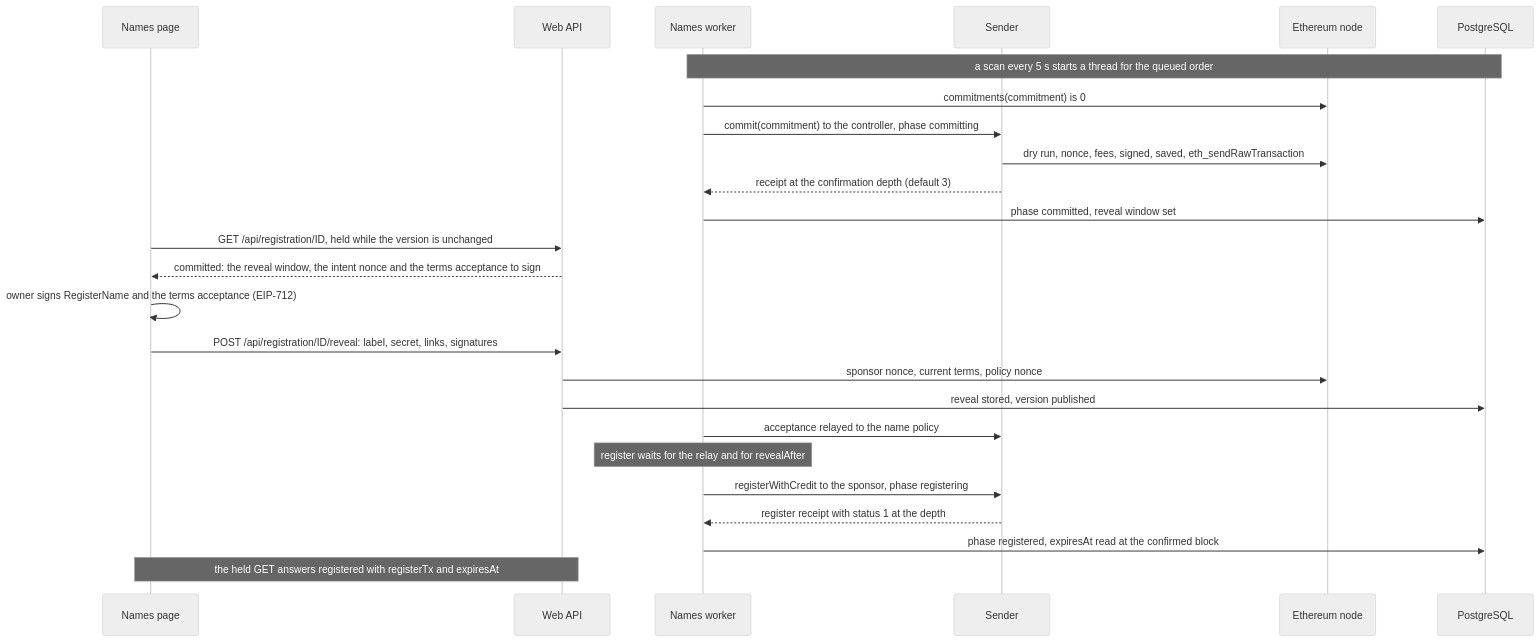
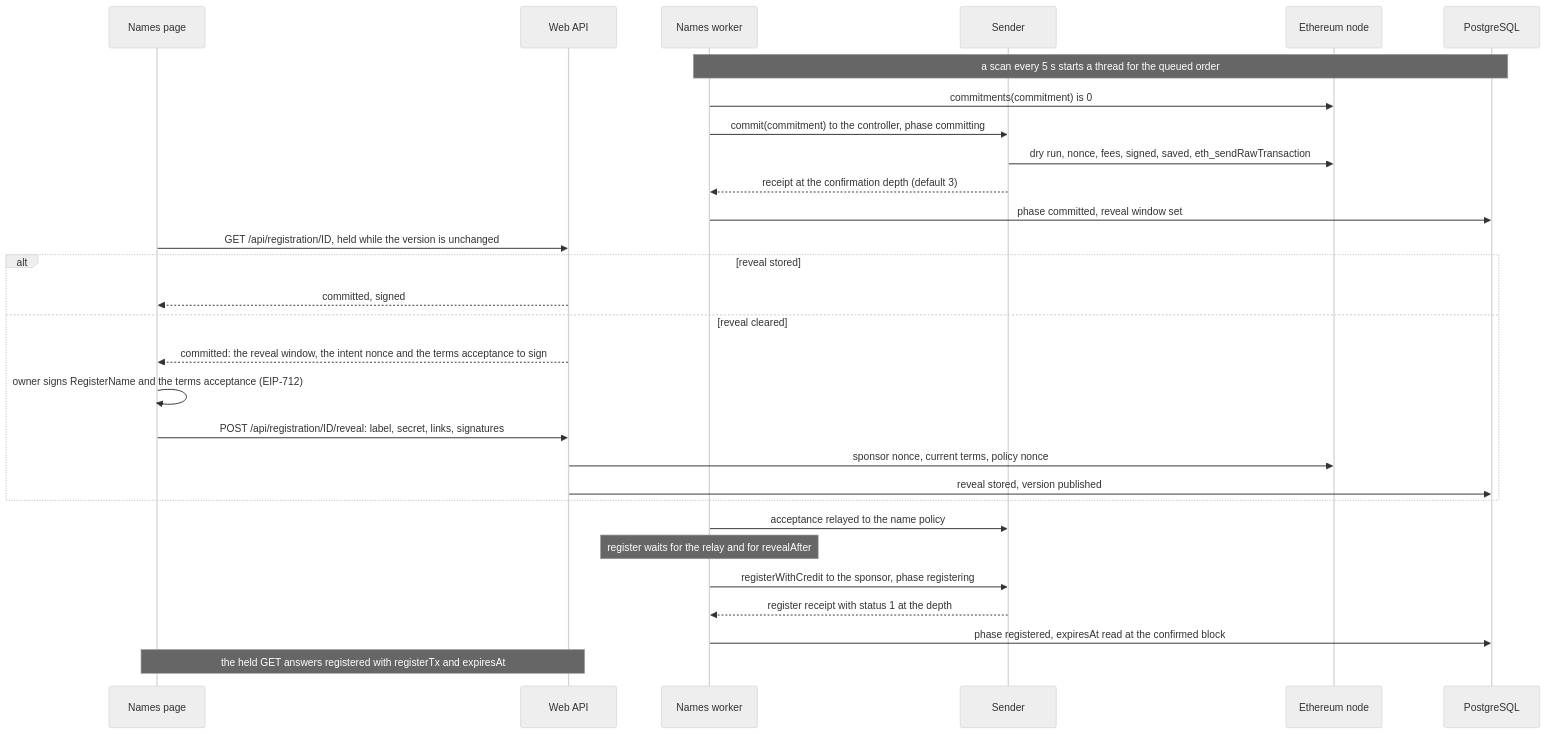
Before and after one commit to simplex-chat/simplex-chat: the third of 14 diagrams in apps/simplex-store-service/docs/names.md, drawn with Mermaid (neutral theme). The commit also changed other lines of this file and 27 other files, not shown here.

First line of the commit message:
store: an order includes the owner's signed registration, checked before the invoice, and the service registers the paid name with no page open

````diff
--- a/apps/simplex-store-service/docs/names.md
+++ b/apps/simplex-store-service/docs/names.md
@@ -206,27 +213,31 @@
 ```mermaid
 sequenceDiagram
   participant P as Names page
   participant W as Web API
   participant K as Names worker
   participant S as Sender
   participant E as Ethereum node
   participant D as PostgreSQL
   Note over K,D: a scan every 5 s starts a thread for the queued order
   K->>E: commitments(commitment) is 0
   K->>S: commit(commitment) to the controller, phase committing
   S->>E: dry run, nonce, fees, signed, saved, eth_sendRawTransaction
   S-->>K: receipt at the confirmation depth (default 3)
   K->>D: phase committed, reveal window set
   P->>W: GET /api/registration/ID, held while the version is unchanged
-  W-->>P: committed: the reveal window, the intent nonce and the terms acceptance to sign
-  P->>P: owner signs RegisterName and the terms acceptance (EIP-712)
-  P->>W: POST /api/registration/ID/reveal: label, secret, links, signatures
-  W->>E: sponsor nonce, current terms, policy nonce
-  W->>D: reveal stored, version published
+  alt reveal stored
+    W-->>P: committed, signed
+  else reveal cleared
+    W-->>P: committed: the reveal window, the intent nonce and the terms acceptance to sign
+    P->>P: owner signs RegisterName and the terms acceptance (EIP-712)
+    P->>W: POST /api/registration/ID/reveal: label, secret, links, signatures
+    W->>E: sponsor nonce, current terms, policy nonce
+    W->>D: reveal stored, version published
+  end
   K->>S: acceptance relayed to the name policy
   Note over K: register waits for the relay and for revealAfter
   K->>S: registerWithCredit to the sponsor, phase registering
   S-->>K: register receipt with status 1 at the depth
   K->>D: phase registered, expiresAt read at the confirmed block
   Note over P,W: the held GET answers registered with registerTx and expiresAt
 ```
````
